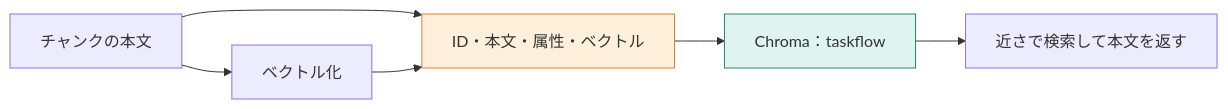
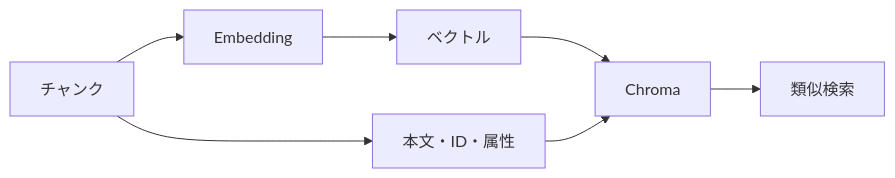
Before and after one commit to kouji0705/rag-study: the diagram in books/cd019af39edb03/05-vector-db.md, drawn with Mermaid. The commit also changed other lines of this file and 18 other files, not shown here.

````diff
--- a/books/cd019af39edb03/05-vector-db.md
+++ b/books/cd019af39edb03/05-vector-db.md
@@ -7,9 +26,9 @@
-```mermaid
+```mermaid:
 flowchart LR
-    C["チャンクの本文"] --> E["ベクトル化"]
-    C --> R["ID・本文・属性・ベクトル"]
-    E --> R
-    R --> DB["Chroma：taskflow"] --> Q["近さで検索して本文を返す"]
-    style R fill:#fff0db,stroke:#d9822b
-    style DB fill:#dff4ef,stroke:#228678
+    A["チャンク"] --> B["Embedding"]
+    B --> C["ベクトル"]
+    A --> D["本文・ID・属性"]
+    C --> E["Chroma"]
+    D --> E
+    E --> F["類似検索"]
 ```
````
